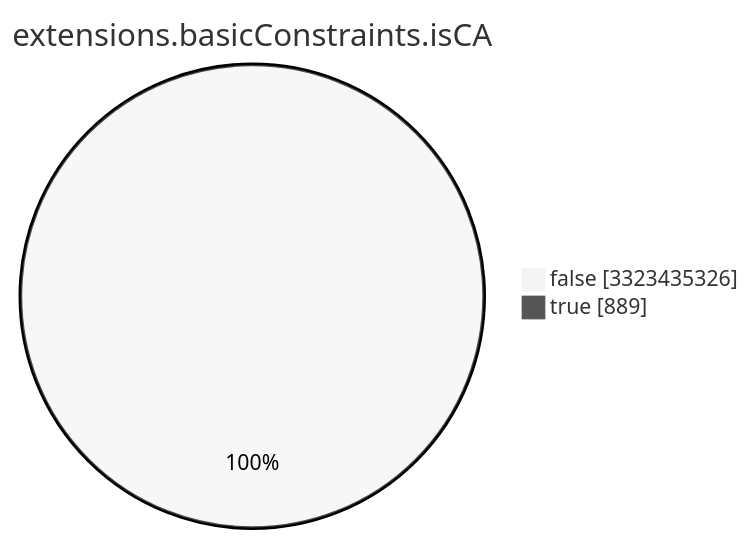
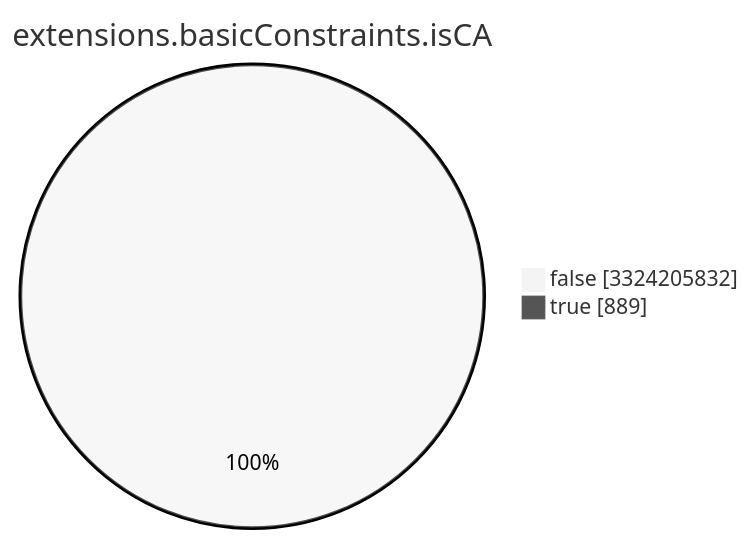
One commit to christiankrug/ctmonitor_visualization changed the seventh of 15 diagrams in TOTAL/README.md. Above: the diagram before and after it, drawn with Mermaid (neutral theme). The commit also changed other lines of this file, not shown here.

````diff
--- a/TOTAL/README.md
+++ b/TOTAL/README.md
@@ -3089,6 +3089,6 @@
 ```mermaid
 pie showData
 title extensions.basicConstraints.isCA
-"false" :3323435326
+"false" :3324205832
 "true" :889
 ```
````
